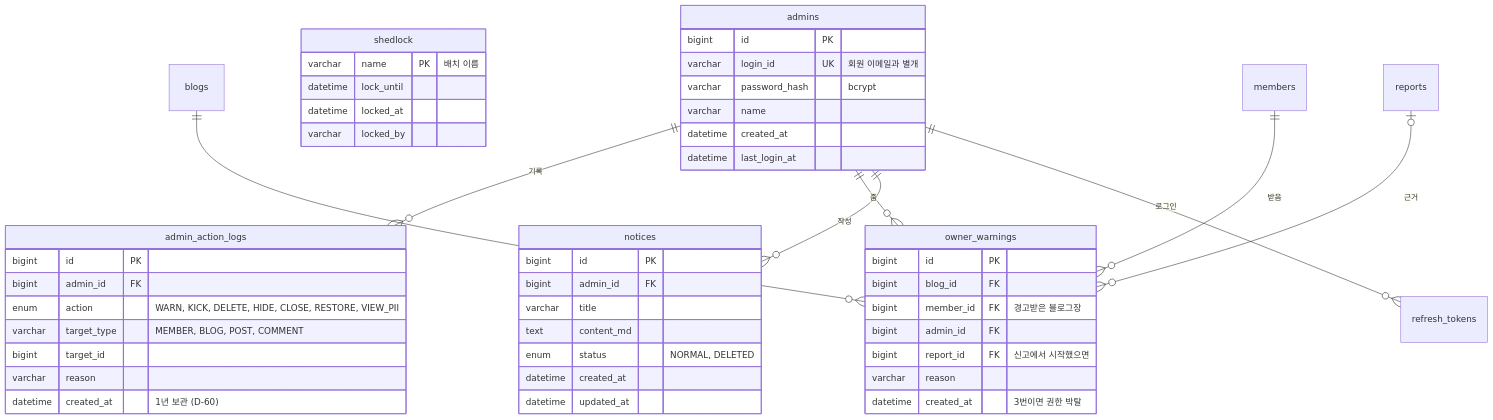
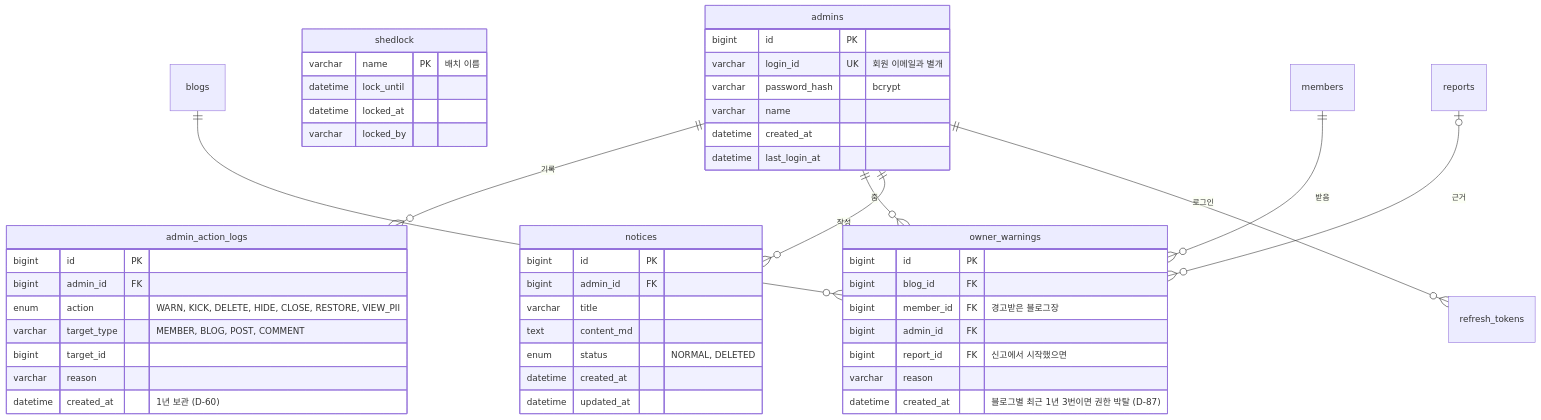
One commit to blogNM/blogproject changed the sixth of 6 diagrams in docs/04-design/ERD.md. Above: the diagram before and after it, drawn with Mermaid. The commit also changed other lines of this file, not shown here.

````diff
--- a/docs/04-design/ERD.md
+++ b/docs/04-design/ERD.md
@@ -422,52 +422,52 @@
 ```mermaid
 erDiagram
     admins {
         bigint id PK
         varchar login_id UK "회원 이메일과 별개"
         varchar password_hash "bcrypt"
         varchar name
         datetime created_at
         datetime last_login_at
     }
     admin_action_logs {
         bigint id PK
         bigint admin_id FK
         enum action "WARN, KICK, DELETE, HIDE, CLOSE, RESTORE, VIEW_PII"
         varchar target_type "MEMBER, BLOG, POST, COMMENT"
         bigint target_id
         varchar reason
         datetime created_at "1년 보관 (D-60)"
     }
     owner_warnings {
         bigint id PK
         bigint blog_id FK
         bigint member_id FK "경고받은 블로그장"
         bigint admin_id FK
         bigint report_id FK "신고에서 시작했으면"
         varchar reason
-        datetime created_at "3번이면 권한 박탈"
+        datetime created_at "블로그별 최근 1년 3번이면 권한 박탈 (D-87)"
     }
     notices {
         bigint id PK
         bigint admin_id FK
         varchar title
         text content_md
         enum status "NORMAL, DELETED"
         datetime created_at
         datetime updated_at
     }
     shedlock {
         varchar name PK "배치 이름"
         datetime lock_until
         datetime locked_at
         varchar locked_by
     }
 
     admins ||--o{ admin_action_logs : "기록"
     admins ||--o{ owner_warnings : "줌"
     blogs ||--o{ owner_warnings : ""
     members ||--o{ owner_warnings : "받음"
     reports |o--o{ owner_warnings : "근거"
     admins ||--o{ notices : "작성"
     admins ||--o{ refresh_tokens : "로그인"
 ```
````
